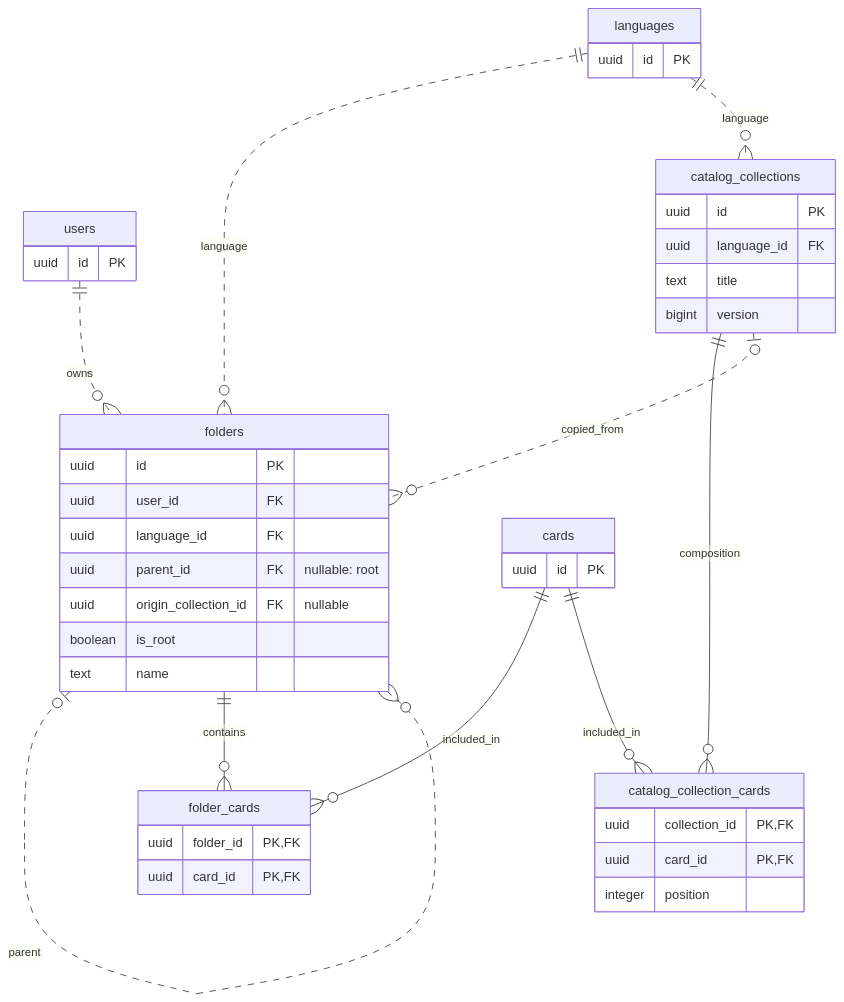
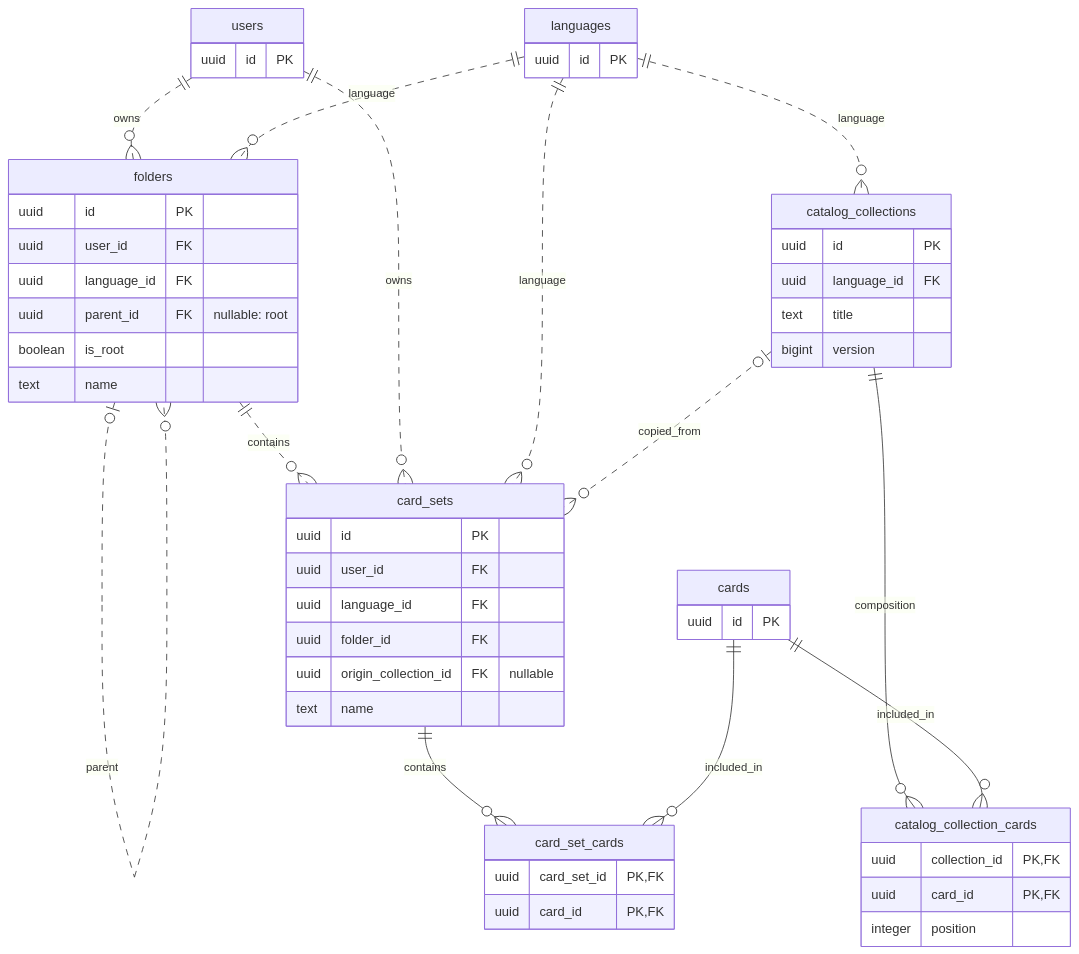
The fifth of 9 diagrams in doc/database-er.md (flairgc/kompotik), drawn with Mermaid before and after one commit. The commit also changed other lines of this file and 6 other files, not shown here.

````diff
--- a/doc/database-er.md
+++ b/doc/database-er.md
@@ -269,46 +271,56 @@
 ```mermaid
 erDiagram
     users["users"] {
         uuid id PK
     }
     languages["languages"] {
         uuid id PK
     }
     folders["folders"] {
         uuid id PK
         uuid user_id FK
         uuid language_id FK
         uuid parent_id FK "nullable: root"
-        uuid origin_collection_id FK "nullable"
         boolean is_root
         text name
     }
-    folderCards["folder_cards"] {
-        uuid folder_id PK, FK
+    cardSets["card_sets"] {
+        uuid id PK
+        uuid user_id FK
+        uuid language_id FK
+        uuid folder_id FK
+        uuid origin_collection_id FK "nullable"
+        text name
+    }
+    cardSetCards["card_set_cards"] {
+        uuid card_set_id PK, FK
         uuid card_id PK, FK
     }
     cards["cards"] {
         uuid id PK
     }
     catalogCollections["catalog_collections"] {
         uuid id PK
         uuid language_id FK
         text title
         bigint version
     }
     catalogCollectionCards["catalog_collection_cards"] {
         uuid collection_id PK, FK
         uuid card_id PK, FK
         integer position
     }
 
     users ||..o{ folders : owns
     languages ||..o{ folders : language
     folders |o..o{ folders : parent
-    folders ||--o{ folderCards : contains
-    cards ||--o{ folderCards : included_in
+    folders ||..o{ cardSets : contains
+    cardSets ||--o{ cardSetCards : contains
+    cards ||--o{ cardSetCards : included_in
     languages ||..o{ catalogCollections : language
     catalogCollections ||--o{ catalogCollectionCards : composition
     cards ||--o{ catalogCollectionCards : included_in
-    catalogCollections |o..o{ folders : copied_from
+    users ||..o{ cardSets : owns
+    languages ||..o{ cardSets : language
+    catalogCollections |o..o{ cardSets : copied_from
 ```
````
